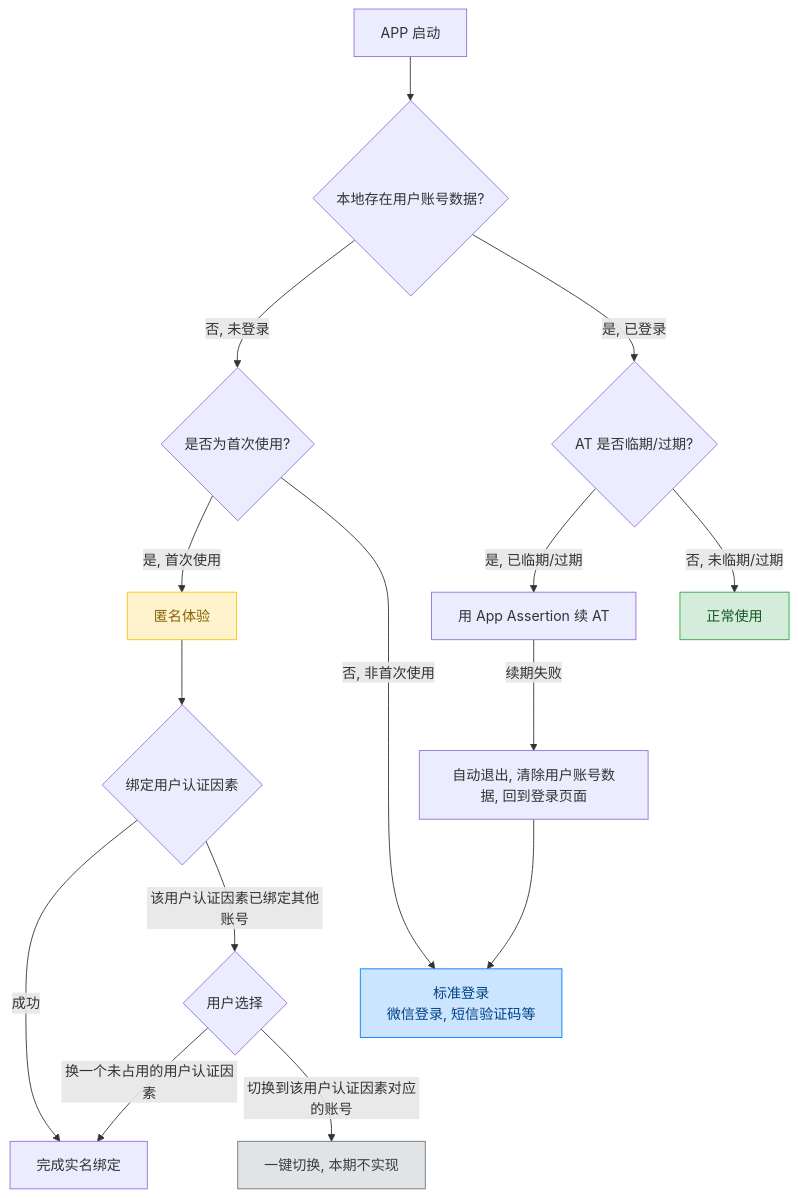
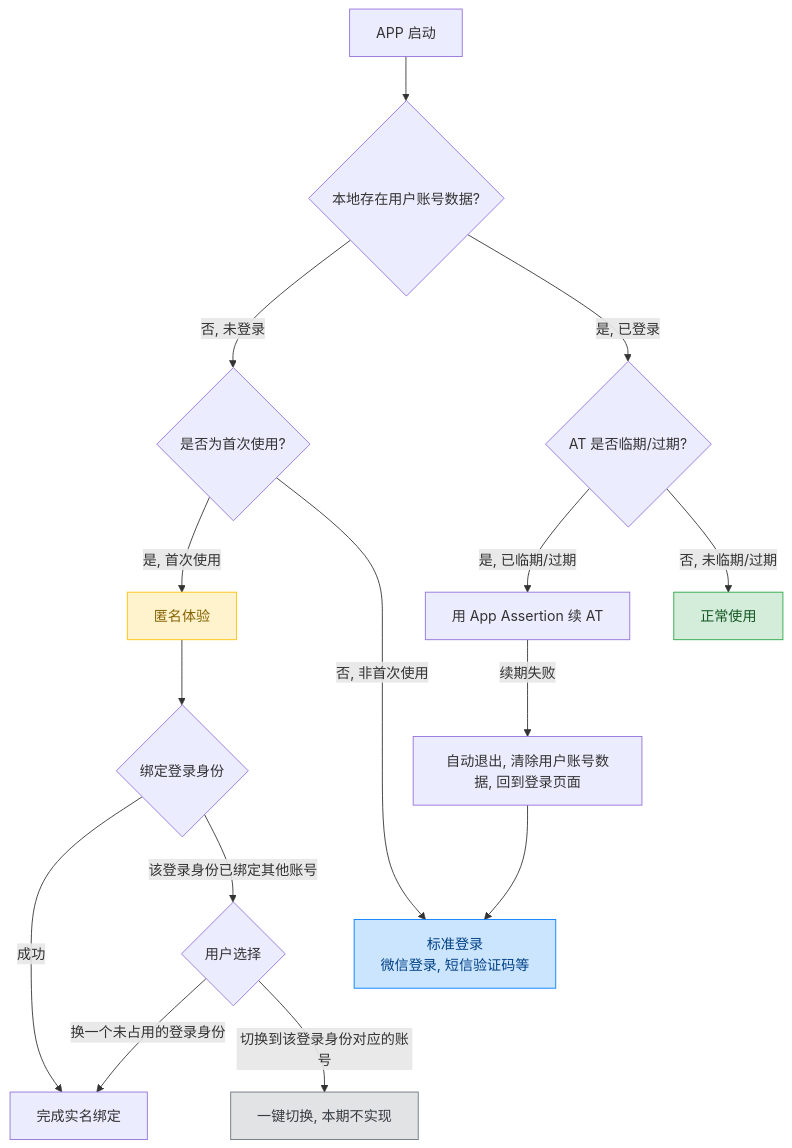
Before and after one commit to euler-projects/demo: the first of 4 diagrams in user-center/doc/apis/zh-cn/App-Attest-Login.md, drawn with Mermaid. The commit also changed other lines of this file and 18 other files, not shown here.

````diff
--- a/user-center/doc/apis/zh-cn/App-Attest-Login.md
+++ b/user-center/doc/apis/zh-cn/App-Attest-Login.md
@@ -19,25 +19,25 @@
 ```mermaid
 graph TB
     A[APP 启动] --> P{本地存在用户账号数据?}
     P -- 否, 未登录 --> B{是否为首次使用?}
     B -- 是, 首次使用 --> ANONYMOUS_LOGIN[匿名体验]
     B -- 否, 非首次使用 --> STANDARD_LOGIN[标准登录\n 微信登录, 短信验证码等]
-    ANONYMOUS_LOGIN --> L{绑定用户认证因素}
+    ANONYMOUS_LOGIN --> L{绑定登录身份}
     L -- 成功 --> M[完成实名绑定]
-    L -- 该用户认证因素已绑定其他账号 --> N{用户选择}
-    N -- 换一个未占用的用户认证因素 --> M
-    N -- 切换到该用户认证因素对应的账号 --> I1[一键切换, 本期不实现]
+    L -- 该登录身份已绑定其他账号 --> N{用户选择}
+    N -- 换一个未占用的登录身份 --> M
+    N -- 切换到该登录身份对应的账号 --> I1[一键切换, 本期不实现]
     P -- 是, 已登录 --> T{AT 是否临期/过期?}
     T -- 是, 已临期/过期 --> E[用 App Assertion 续 AT]
     T -- 否, 未临期/过期 --> U[正常使用]
     E -- 续期失败 --> X[自动退出, 清除用户账号数据, 回到登录页面]
     X --> STANDARD_LOGIN
     classDef scene1 fill:#fff3cd,stroke:#ffc107,stroke-width:1px,color:#856404
     classDef scene2 fill:#cce5ff,stroke:#007bff,stroke-width:1px,color:#004085
     classDef normal fill:#d4edda,stroke:#28a745,stroke-width:1px,color:#155724
     classDef disabled fill:#e2e3e5,stroke:#6c757d,stroke-width:1px,color:#383d41
     class ANONYMOUS_LOGIN scene1
     class STANDARD_LOGIN scene2
     class U normal
     class I1 disabled
 ```
````
